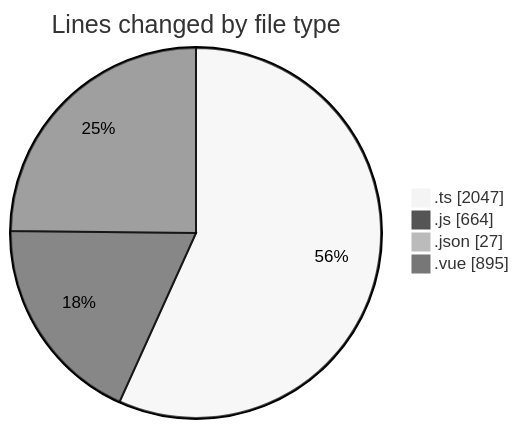
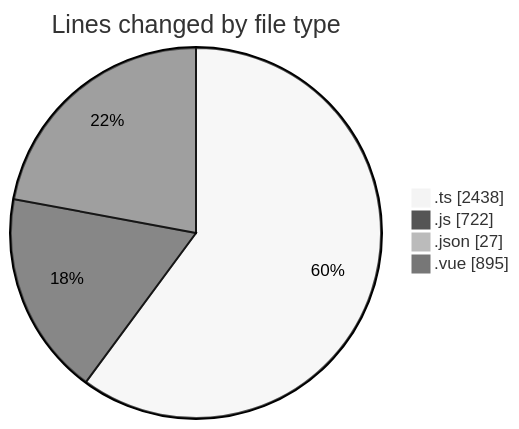
Before and after one commit to lephambinh05/code-tracking: the first of 2 diagrams in 2025-08-15/rentotp/README.md, drawn with Mermaid (neutral theme). The commit also changed other lines of this file and 1 other file, not shown here.

````diff
--- a/2025-08-15/rentotp/README.md
+++ b/2025-08-15/rentotp/README.md
@@ -31,8 +31,8 @@
 ```mermaid
 pie showData
 title Lines changed by file type
-".ts" : 2047
-".js" : 664
+".ts" : 2438
+".js" : 722
 ".json" : 27
 ".vue" : 895
 ```
````
